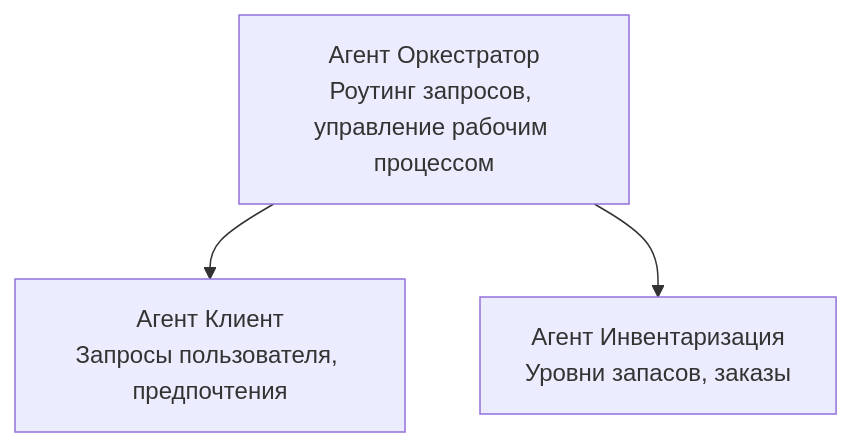
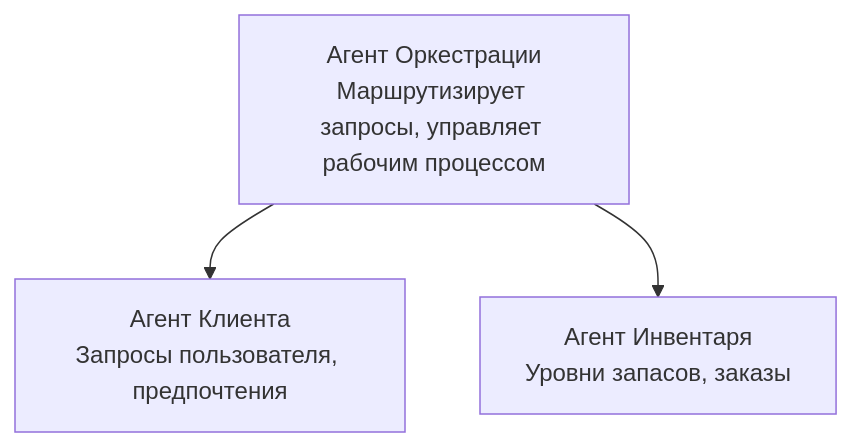
One commit to microsoft/AZD-for-beginners changed the diagram in translations/ru/docs/chapter-05-multi-agent/README.md. Above: the diagram before and after it, drawn with Mermaid. The commit also changed other lines of this file and 104 other files, not shown here.

````diff
--- a/translations/ru/docs/chapter-05-multi-agent/README.md
+++ b/translations/ru/docs/chapter-05-multi-agent/README.md
@@ -52,5 +54,5 @@
 ```mermaid
 graph TD
-    Orchestrator[Агент Оркестратор<br/>Роутинг запросов, управление рабочим процессом] --> Customer[Агент Клиент<br/>Запросы пользователя, предпочтения]
-    Orchestrator --> Inventory[Агент Инвентаризация<br/>Уровни запасов, заказы]
+    Orchestrator[Агент Оркестрации<br/>Маршрутизирует запросы, управляет рабочим процессом] --> Customer[Агент Клиента<br/>Запросы пользователя, предпочтения]
+    Orchestrator --> Inventory[Агент Инвентаря<br/>Уровни запасов, заказы]
 ```
````
